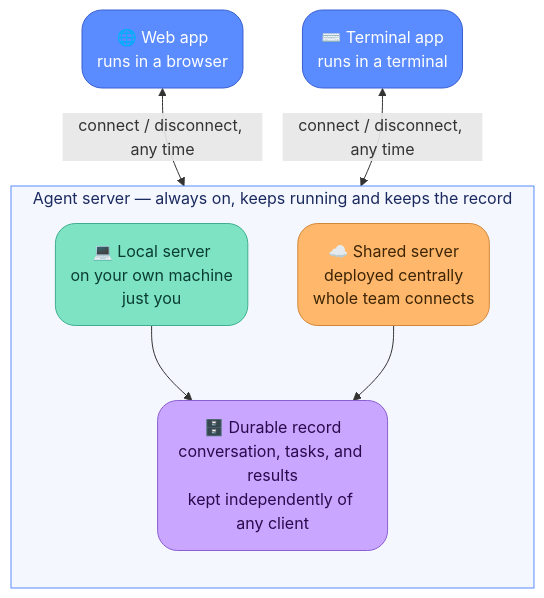
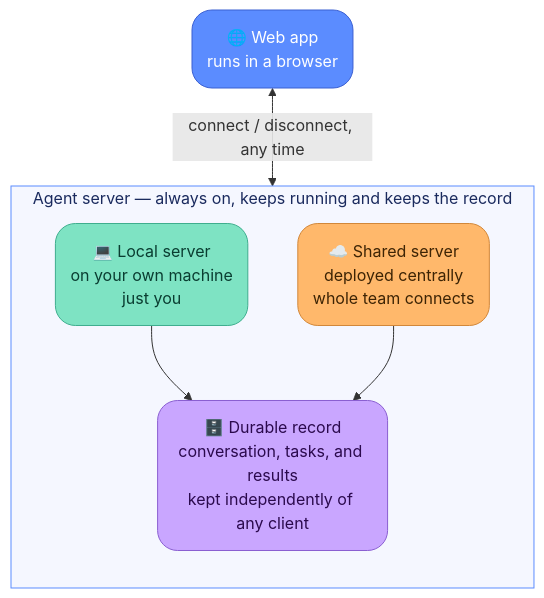
One commit to IAM-SuperBoy/tossakan-ai-releases changed the diagram in README.md. Above: the diagram before and after it, drawn with Mermaid. The commit also changed other lines of this file, not shown here.

````diff
--- a/README.md
+++ b/README.md
@@ -180,29 +178,27 @@
 ```mermaid
 flowchart TB
     WEB("🌐 Web app<br/>runs in a browser")
-    TERM("⌨️ Terminal app<br/>runs in a terminal")
 
     WEB <-->|"connect / disconnect, any time"| SVC
-    TERM <-->|"connect / disconnect, any time"| SVC
 
     subgraph SVC["Agent server — always on, keeps running and keeps the record"]
         direction TB
         LOCAL("💻 Local server<br/>on your own machine<br/>just you")
         SHARED("☁️ Shared server<br/>deployed centrally<br/>whole team connects")
         REC("🗄️ Durable record<br/>conversation, tasks, and results<br/>kept independently of any client")
         LOCAL --> REC
         SHARED --> REC
     end
 
     classDef client fill:#5b8cff,stroke:#3a5fd1,color:#ffffff,rx:20,ry:20
     classDef local fill:#7ee3c3,stroke:#3fae8e,color:#0a3d31,rx:20,ry:20
     classDef shared fill:#ffb86b,stroke:#d1873a,color:#3d2405,rx:20,ry:20
     classDef record fill:#c9a6ff,stroke:#8a5fd1,color:#2b0a4d,rx:20,ry:20
     classDef zone fill:#f5f7ff,stroke:#5b8cff,color:#1a2a5e
 
-    class WEB,TERM client
+    class WEB client
     class LOCAL local
     class SHARED shared
     class REC record
     class SVC zone
 ```
````
